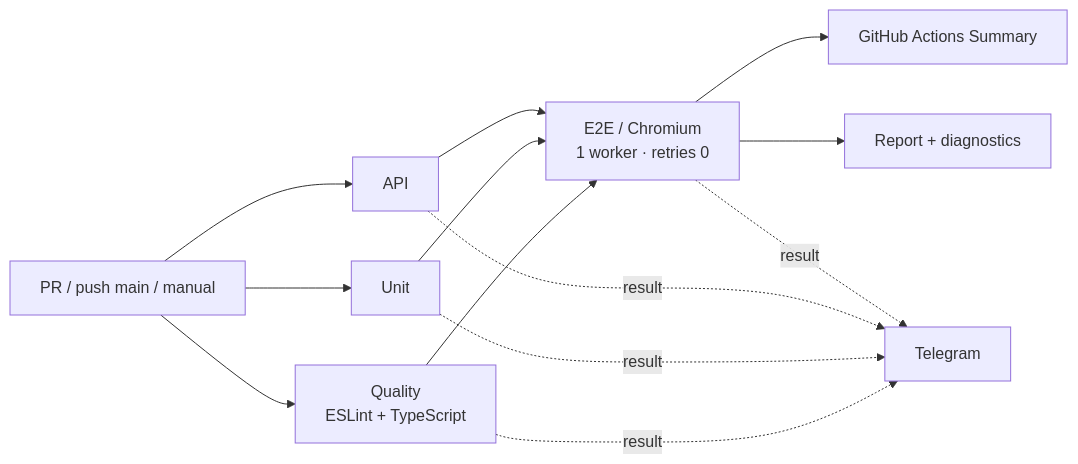
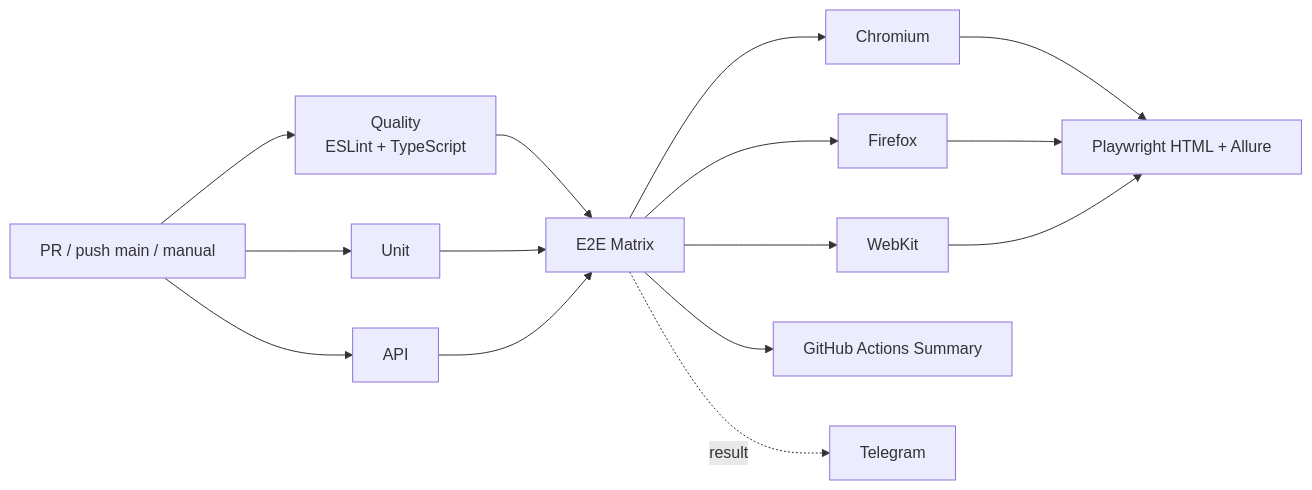
The second of 2 diagrams in README.md (TokhirjonYuldoshev/pomidorqa-tests), drawn with Mermaid before and after one commit. The commit also changed other lines of this file, not shown here.

````diff
--- a/README.md
+++ b/README.md
@@ -155,15 +165,17 @@
 ```mermaid
 flowchart LR
     A[PR / push main / manual] --> Q[Quality\nESLint + TypeScript]
     A --> U[Unit]
     A --> P[API]
-    Q --> E[E2E / Chromium\n1 worker · retries 0]
+    Q --> E[E2E Matrix]
     U --> E
     P --> E
+    E --> C[Chromium]
+    E --> F[Firefox]
+    E --> W[WebKit]
+    C --> R[Playwright HTML + Allure]
+    F --> R
+    W --> R
     E --> S[GitHub Actions Summary]
-    E --> R[Report + diagnostics]
-    Q -. result .-> T[Telegram]
-    U -. result .-> T
-    P -. result .-> T
-    E -. result .-> T
+    E -. result .-> T[Telegram]
 ```
````
